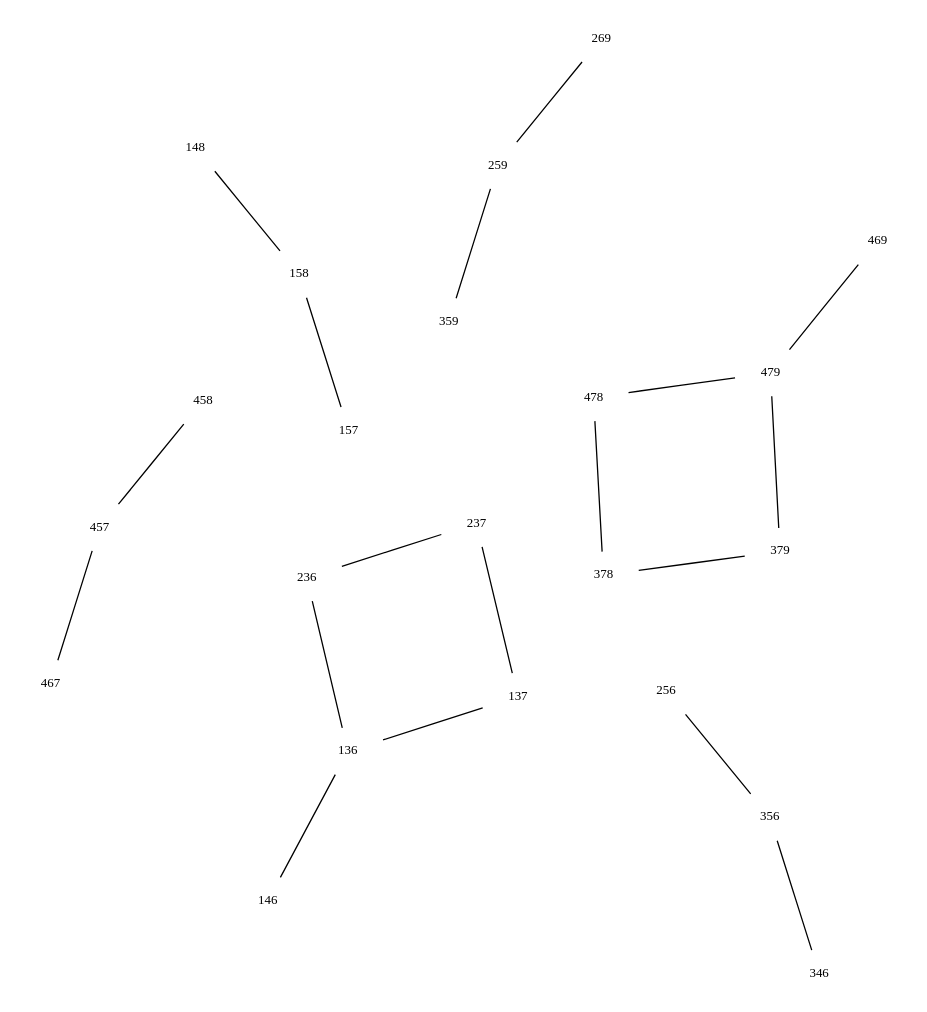
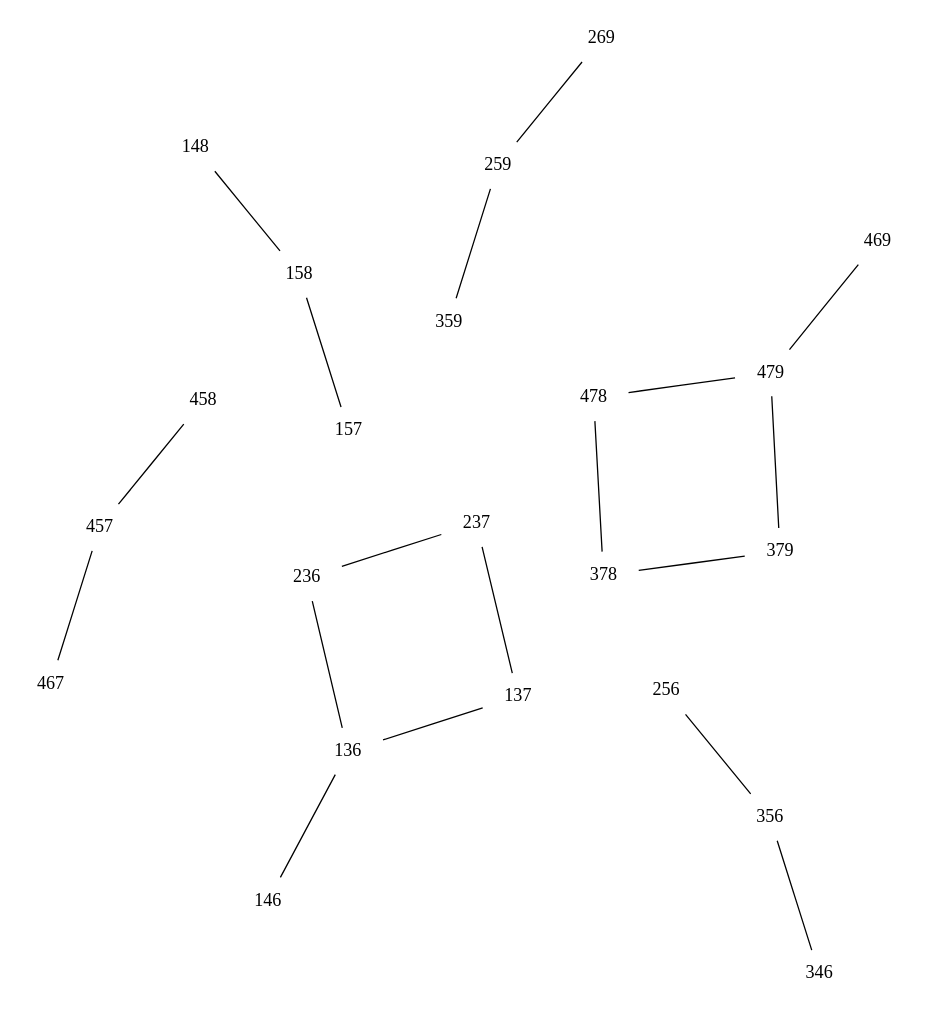
One commit to rd--/hmt changed the diagram in data/dot/tj/oh/tj_oh_p148.1.dot. Above: the diagram before and after it, drawn with Graphviz. The commit also changed 34 other files, not shown here.

```diff
--- a/data/dot/tj/oh/tj_oh_p148.1.dot
+++ b/data/dot/tj/oh/tj_oh_p148.1.dot
@@ -1,46 +1,46 @@
 graph
  g {
-edge [len=1.75];
-graph [layout=neato,epsilon=0.000001];
-node [shape=plaintext,fontsize=10,fontname="century schoolbook"];
-0 [label="136"];
-1 [label="137"];
-2 [label="146"];
-3 [label="236"];
-4 [label="237"];
-5 [label="148"];
-6 [label="158"];
-7 [label="157"];
-8 [label="256"];
-9 [label="356"];
-10 [label="259"];
-11 [label="269"];
-12 [label="359"];
-13 [label="346"];
-14 [label="378"];
-15 [label="379"];
-16 [label="478"];
-17 [label="479"];
-18 [label="457"];
-19 [label="458"];
-20 [label="467"];
-21 [label="469"];
+edge [len=1.75]
+graph [layout=neato,epsilon=0.000001,fontsize=10,fontname="century schoolbook"]
+node [shape=plaintext]
+0 [label=136];
+1 [label=137];
+2 [label=146];
+3 [label=236];
+4 [label=237];
+5 [label=148];
+6 [label=158];
+7 [label=157];
+8 [label=256];
+9 [label=356];
+10 [label=259];
+11 [label=269];
+12 [label=359];
+13 [label=346];
+14 [label=378];
+15 [label=379];
+16 [label=478];
+17 [label=479];
+18 [label=457];
+19 [label=458];
+20 [label=467];
+21 [label=469];
 0 -- 1;
 0 -- 2;
 0 -- 3;
 1 -- 4;
 3 -- 4;
 5 -- 6;
 7 -- 6;
 8 -- 9;
 10 -- 11;
 10 -- 12;
 13 -- 9;
 14 -- 15;
 14 -- 16;
 15 -- 17;
 16 -- 17;
 18 -- 19;
 18 -- 20;
 21 -- 17;
 }
```
